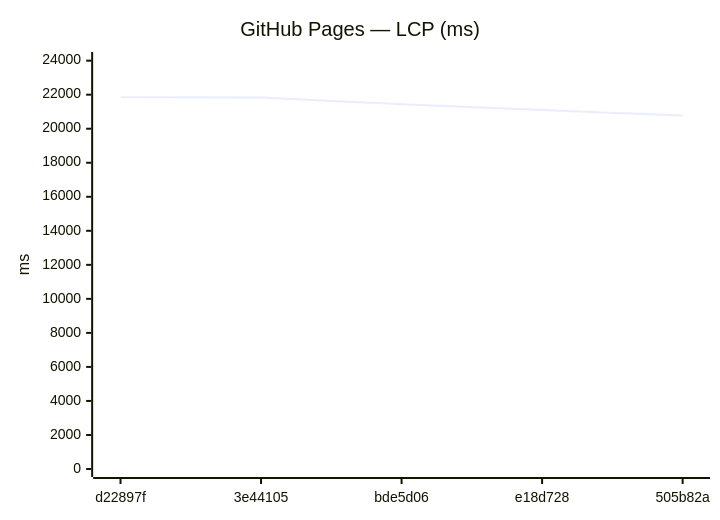
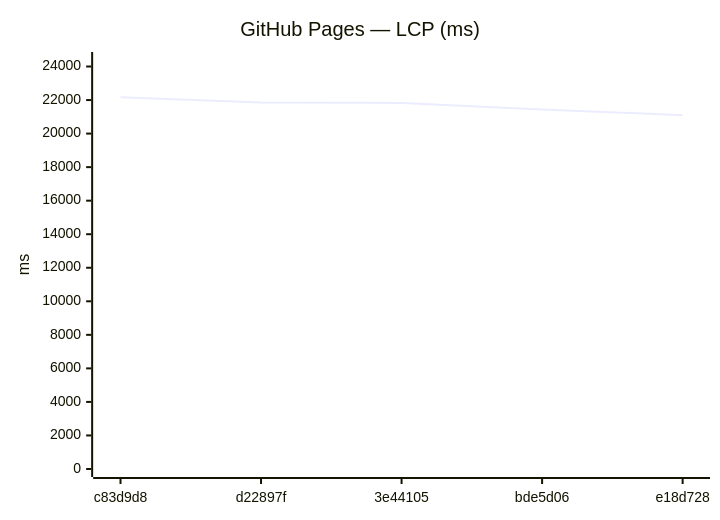
The ninth of 18 diagrams in benchmarks/compare.md (Metaheurist/Rianell), drawn with Mermaid before and after one commit. The commit also changed other lines of this file and 11 other files, not shown here.

````diff
--- a/benchmarks/compare.md
+++ b/benchmarks/compare.md
@@ -142,7 +142,7 @@
 ```mermaid
 xychart-beta
     title "GitHub Pages — LCP (ms)"
-    x-axis ["d22897f", "3e44105", "bde5d06", "e18d728", "505b82a"]
-    y-axis "ms" 0 --> 24039
-    line [21853, 21828, 21442, 21100, 20773]
+    x-axis ["c83d9d8", "d22897f", "3e44105", "bde5d06", "e18d728"]
+    y-axis "ms" 0 --> 24388
+    line [22170, 21853, 21828, 21442, 21100]
 ```
````
